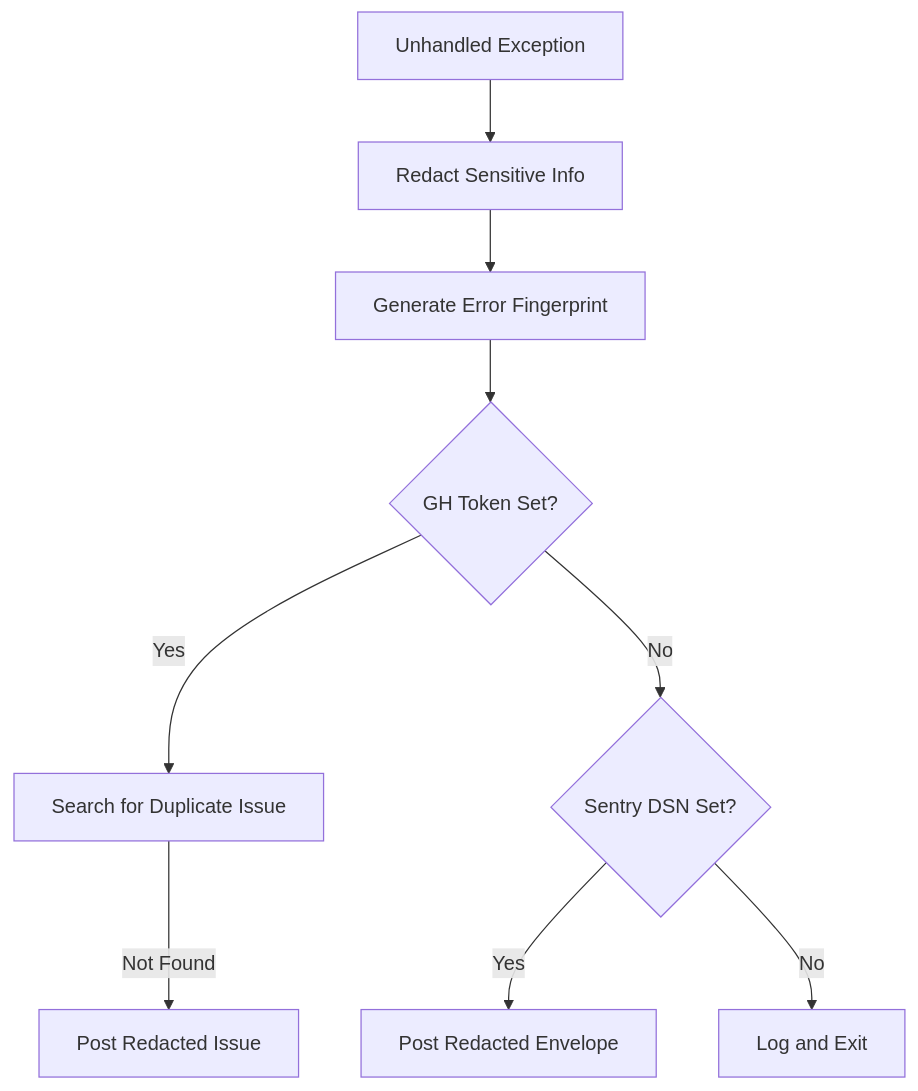
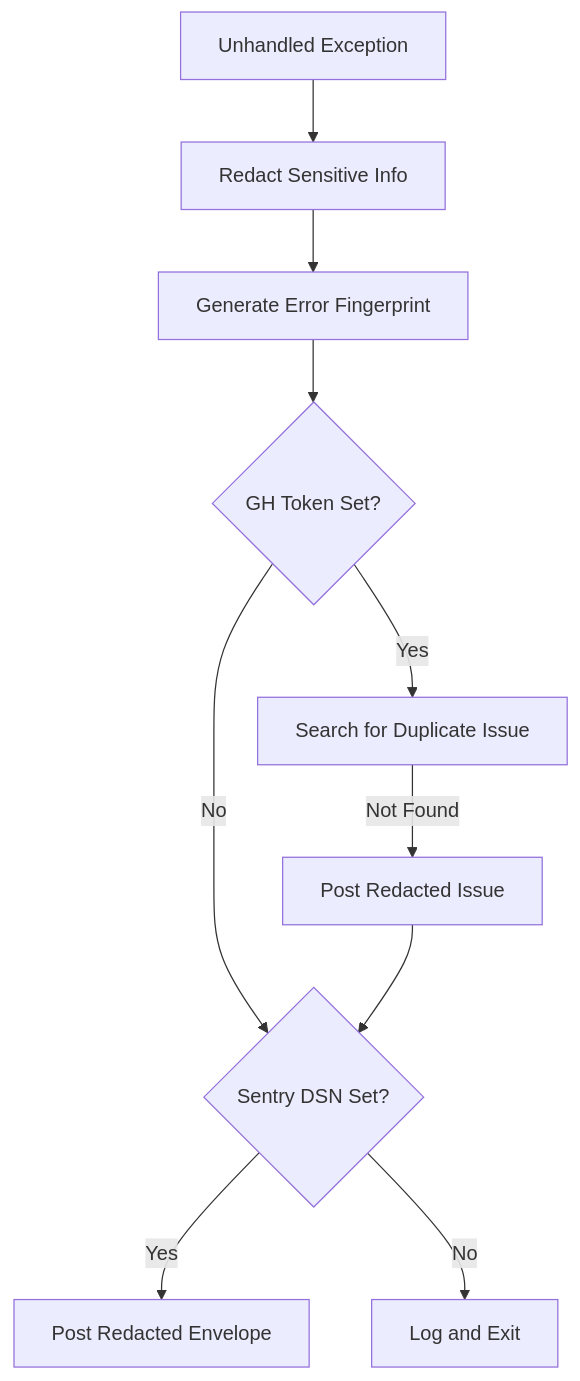
The diagram in .cubic/wiki/09-section-troubleshooting/02-security.md (Avkroken/Docker-idempotent-update), drawn with Mermaid before and after one commit. The commit also changed other lines of this file and 22 other files, not shown here.

````diff
--- a/.cubic/wiki/09-section-troubleshooting/02-security.md
+++ b/.cubic/wiki/09-section-troubleshooting/02-security.md
@@ -72,11 +73,12 @@
 ```mermaid
 flowchart TD
     Error[Unhandled Exception] --> Redact[Redact Sensitive Info]
     Redact --> Fingerprint[Generate Error Fingerprint]
     Fingerprint --> GH_Check{GH Token Set?}
     GH_Check -- Yes --> GH_Search[Search for Duplicate Issue]
     GH_Search -- Not Found --> GH_Post[Post Redacted Issue]
     GH_Check -- No --> Sentry_Check{Sentry DSN Set?}
+    GH_Post --> Sentry_Check
     Sentry_Check -- Yes --> Sentry_Post[Post Redacted Envelope]
     Sentry_Check -- No --> End[Log and Exit]
 ```
````
